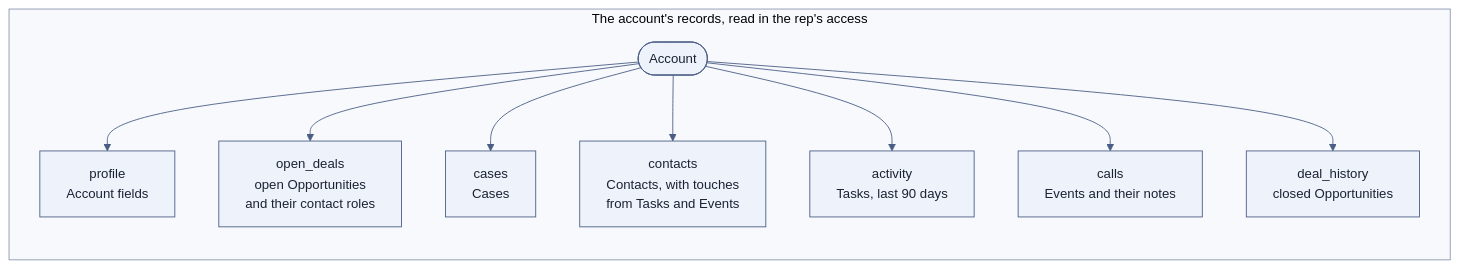
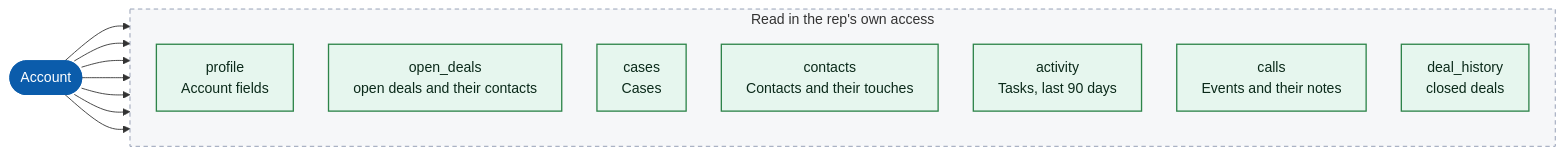
The second of 3 diagrams in docs/patterns/01-route-gather-reduce.md (nelsben/generic-agent), drawn with Mermaid before and after one commit. The commit also changed other lines of this file and 4 other files, not shown here.

First line of the commit message:
Diagrams: GitHub-adaptive style, checked rules, page 01 restyled (#302)

````diff
--- a/docs/patterns/01-route-gather-reduce.md
+++ b/docs/patterns/01-route-gather-reduce.md
@@ -157,14 +157,31 @@
 ```mermaid
-%%{init: {"theme": "base", "themeVariables": {"fontFamily": "-apple-system, BlinkMacSystemFont, Segoe UI, Helvetica, Arial, sans-serif", "fontSize": "15px", "primaryColor": "#EEF2FA", "primaryBorderColor": "#4A5D85", "primaryTextColor": "#1B2233", "secondaryColor": "#F4F6F9", "tertiaryColor": "#FFFFFF", "lineColor": "#4A5D85", "textColor": "#1B2233", "actorBkg": "#EEF2FA", "actorBorder": "#4A5D85", "actorTextColor": "#1B2233", "actorLineColor": "#8A96AD", "signalColor": "#4A5D85", "signalTextColor": "#1B2233", "labelBoxBkgColor": "#FFFFFF", "labelBoxBorderColor": "#4A5D85", "labelTextColor": "#1B2233", "loopTextColor": "#1B2233", "noteBkgColor": "#FFFFFF", "noteBorderColor": "#8A96AD", "noteTextColor": "#1B2233", "sequenceNumberColor": "#FFFFFF", "activationBkgColor": "#DDE4F2", "activationBorderColor": "#4A5D85", "clusterBkg": "#F7F9FC", "clusterBorder": "#8A96AD", "edgeLabelBackground": "#FFFFFF"}}}%%
+---
+config:
+  layout: dagre
+  flowchart:
+    curve: basis
+    nodeSpacing: 40
+    rankSpacing: 55
+    wrappingWidth: 220
+    padding: 14
+---
 flowchart LR
-    subgraph G["The account's records, read in the rep's access"]
-        A(["Account"])
-        A --> P["profile<br/>Account fields"]
-        A --> OD["open_deals<br/>open Opportunities<br/>and their contact roles"]
-        A --> C["cases<br/>Cases"]
-        A --> CT["contacts<br/>Contacts, with touches<br/>from Tasks and Events"]
-        A --> AC["activity<br/>Tasks, last 90 days"]
-        A --> CA["calls<br/>Events and their notes"]
-        A --> DH["deal_history<br/>closed Opportunities"]
+    A(["Account"])
+    subgraph G["Read in the rep's own access"]
+        direction TB
+        P["profile<br/>Account fields"]
+        OD["open_deals<br/>open deals and their contacts"]
+        C["cases<br/>Cases"]
+        CT["contacts<br/>Contacts and their touches"]
+        AC["activity<br/>Tasks, last 90 days"]
+        CA["calls<br/>Events and their notes"]
+        DH["deal_history<br/>closed deals"]
     end
+    A --> P & OD & C & CT & AC & CA & DH
+    classDef core fill:#0B5CAB,stroke:#0B5CAB,color:#FFFFFF,stroke-width:1.5px
+    classDef apex fill:#E6F6EE,stroke:#2E844A,color:#0B2A1A,stroke-width:1.5px
+    classDef zone fill:#8A96AD14,stroke:#8A96AD,stroke-width:1px,stroke-dasharray:5 4
+    class A core
+    class P,OD,C,CT,AC,CA,DH apex
+    class G zone
 ```
````
